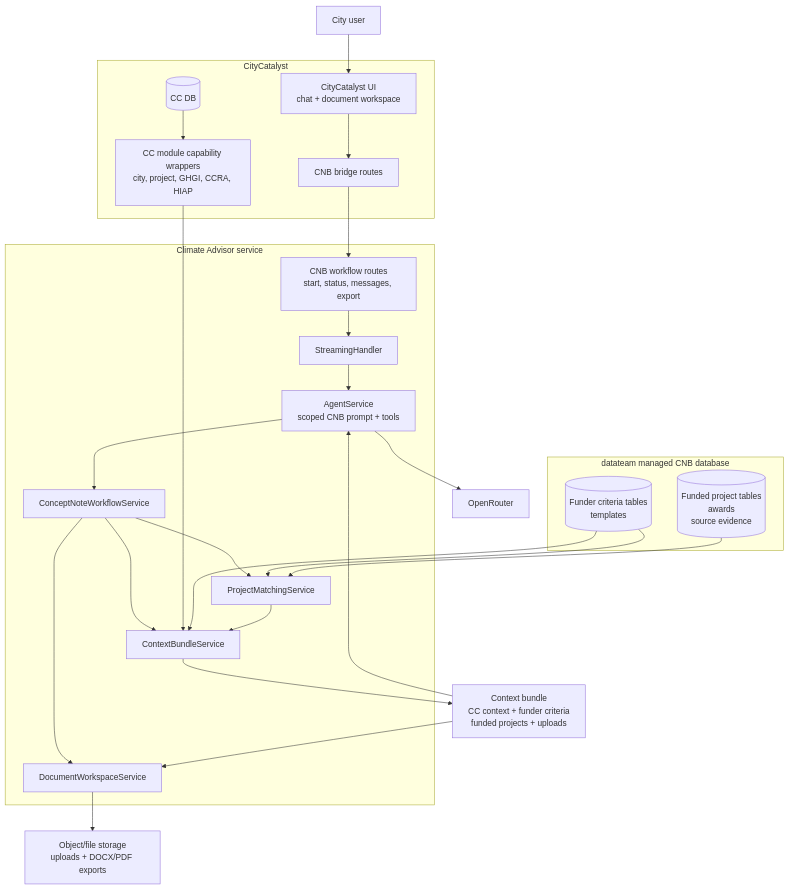
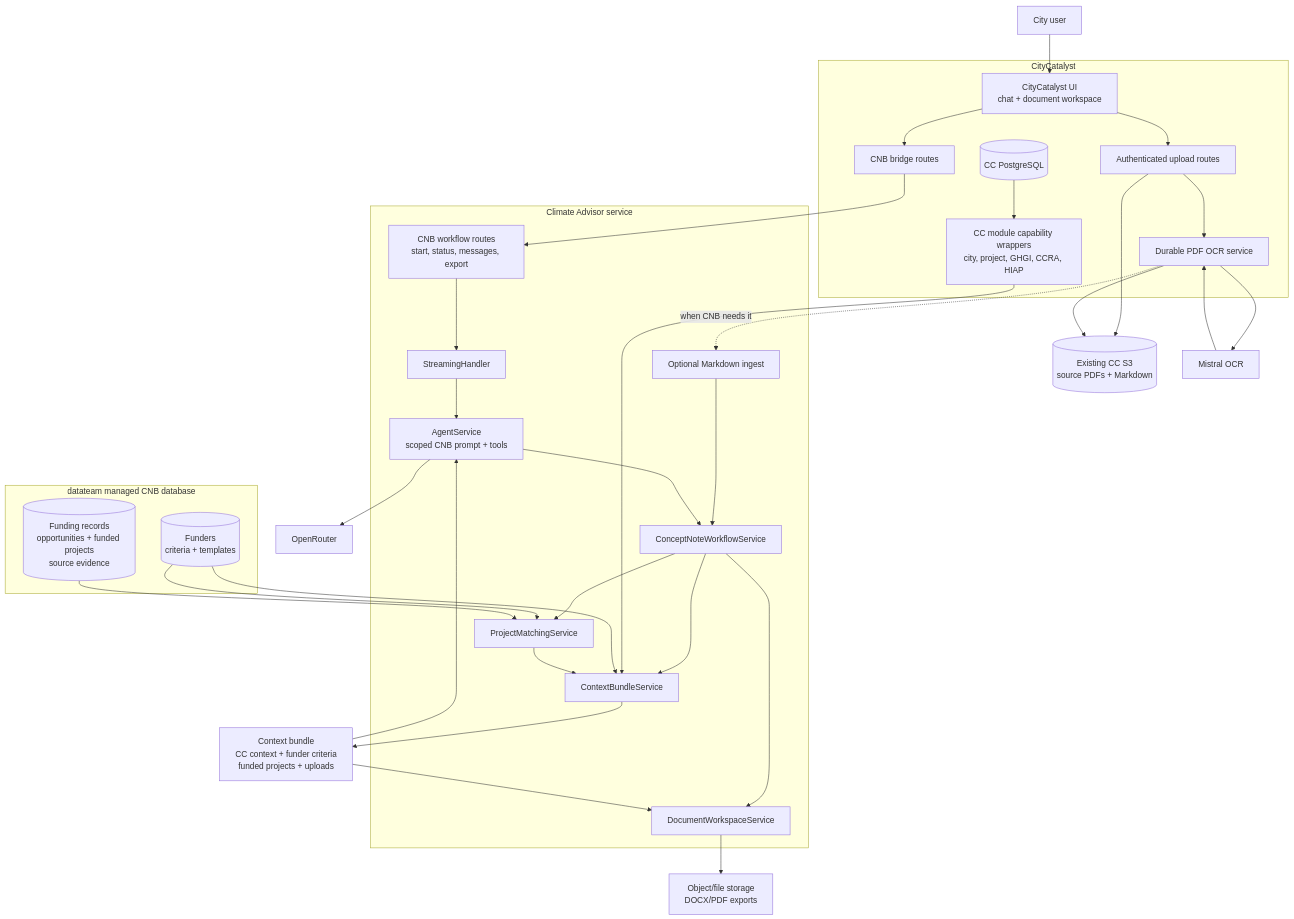
Before and after one commit to Open-Earth-Foundation/CityCatalyst: the first of 14 diagrams in docs/ConceptNoteBuilderArchitecture.md, drawn with Mermaid. The commit also changed other lines of this file and 41 other files, not shown here.

First line of the commit message:
Implement durable CityCatalyst PDF OCR pipeline (#2832)

````diff
--- a/docs/ConceptNoteBuilderArchitecture.md
+++ b/docs/ConceptNoteBuilderArchitecture.md
@@ -66,50 +72,64 @@
 ```mermaid
 flowchart TB
     User["City user"] --> CCUI["CityCatalyst UI<br/>chat + document workspace"]
 
     subgraph CC["CityCatalyst"]
         CCUI
         CCBridge["CNB bridge routes"]
+        CCUpload["Authenticated upload routes"]
+        CCOCR["Durable PDF OCR service"]
         CCCaps["CC module capability wrappers<br/>city, project, GHGI, CCRA, HIAP"]
-        CCData[("CC DB")]
+        CCData[("CC PostgreSQL")]
     end
+
+    CCFiles[("Existing CC S3<br/>source PDFs + Markdown")]
+    Mistral["Mistral OCR"]
 
     subgraph CA["Climate Advisor service"]
         CARoutes["CNB workflow routes<br/>start, status, messages, export"]
+        MarkdownIngress["Optional Markdown ingest"]
         Stream["StreamingHandler"]
         Agent["AgentService<br/>scoped CNB prompt + tools"]
         CNBService["ConceptNoteWorkflowService"]
         ContextService["ContextBundleService"]
         DocService["DocumentWorkspaceService"]
         MatchService["ProjectMatchingService"]
     end
 
     subgraph CNBDB["datateam managed CNB database"]
-        FunderDB[("Funder criteria tables<br/>templates")]
-        ProjectKB[("Funded project tables<br/>awards<br/>source evidence")]
+        FunderDB[("Funders<br/>criteria + templates")]
+        ProjectKB[("Funding records<br/>opportunities + funded projects<br/>source evidence")]
     end
 
     ContextBundle["Context bundle<br/>CC context + funder criteria<br/>funded projects + uploads"]
     OpenRouter["OpenRouter"]
-    ObjectStore["Object/file storage<br/>uploads + DOCX/PDF exports"]
+    ExportStore["Object/file storage<br/>DOCX/PDF exports"]
 
     CCUI --> CCBridge
+    CCUI --> CCUpload
+    CCUpload --> CCFiles
+    CCUpload --> CCOCR
+    CCOCR --> Mistral
+    Mistral --> CCOCR
+    CCOCR --> CCFiles
+    CCOCR -. "when CNB needs it" .-> MarkdownIngress
+    MarkdownIngress --> CNBService
     CCBridge --> CARoutes
     CARoutes --> Stream
     Stream --> Agent
     Agent --> CNBService
     CNBService --> ContextService
     CNBService --> DocService
     CNBService --> MatchService
     CCData --> CCCaps
     CCCaps --> ContextService
     FunderDB --> ContextService
     FunderDB --> MatchService
     ProjectKB --> MatchService
     MatchService --> ContextService
     ContextService --> ContextBundle
     ContextBundle --> Agent
     ContextBundle --> DocService
-    DocService --> ObjectStore
+    DocService --> ExportStore
     Agent --> OpenRouter
 ```
````
